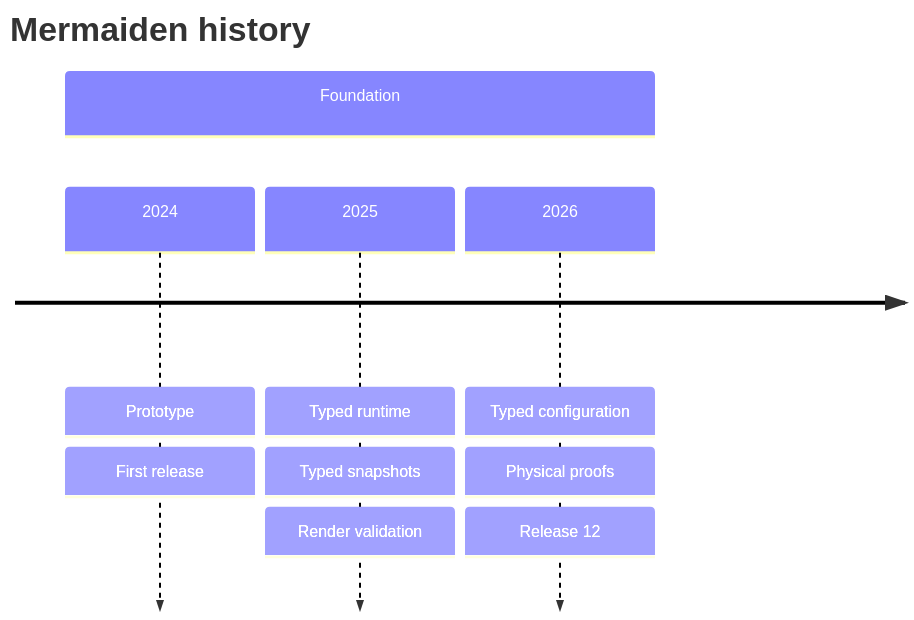
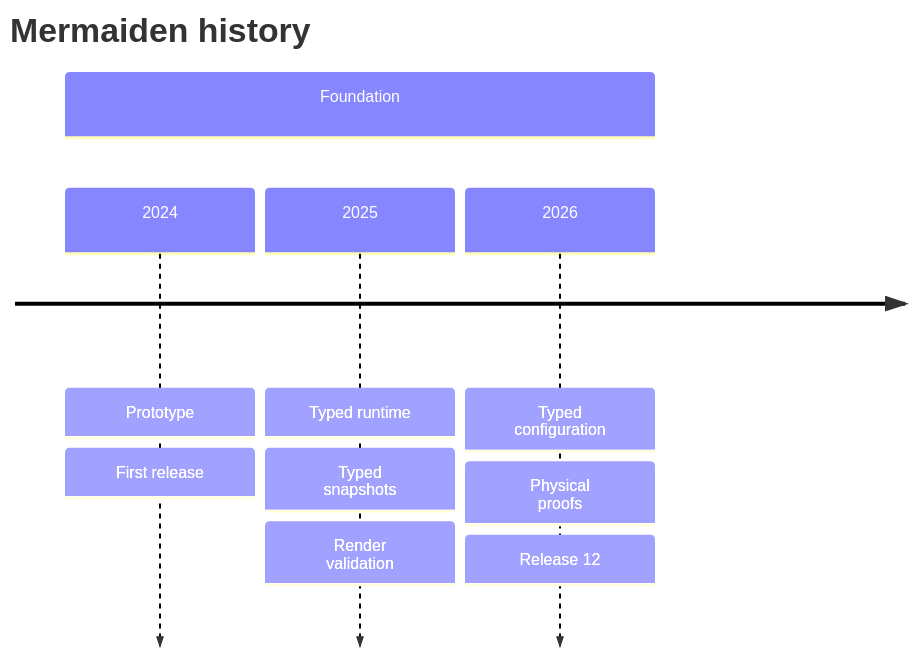
The diagram in docs/contracts/configuration-rendering/sources/timeline.mmd (szpak-dev/mermaiden), drawn with Mermaid before and after one commit. The commit also changed 151 other files, not shown here.

```diff
--- a/docs/contracts/configuration-rendering/sources/timeline.mmd
+++ b/docs/contracts/configuration-rendering/sources/timeline.mmd
@@ -1,11 +1,11 @@
 ---
 config:
   wrap: true
   timeline: {"useWidth": 960.0, "useMaxWidth": true, "theme": "default", "look": "classic", "layout": "dagre", "diagramMarginX": 50, "diagramMarginY": 10, "leftMargin": 150, "width": 150, "height": 50, "padding": -1.0, "boxMargin": 10, "boxTextMargin": 5, "noteMargin": 10, "messageMargin": 35, "messageAlign": "center", "bottomMarginAdj": 1, "rightAngles": false, "taskFontSize": 14.0, "taskFontFamily": "\"Open Sans\", sans-serif", "taskMargin": 50.0, "activationWidth": 10.0, "textPlacement": "fo", "actorColours": ["#8FBC8F", "#7CFC00", "#00FFFF", "#20B2AA", "#B0E0E6", "#FFFFE0"], "sectionFills": ["#191970", "#8B008B", "#4B0082", "#2F4F4F", "#800000", "#8B4513", "#00008B"], "sectionColours": ["#fff"], "disableMulticolor": false}
 ---
 timeline
-title Mermaiden history
-section Foundation
-  2024 : Prototype : First release
-  2025 : Typed runtime : Typed snapshots : Render validation
-  2026 : Typed configuration : Physical proofs : Release 12
+title #77;ermaiden history
+section #70;oundation
+  #50;024 : #80;rototype : #70;irst release
+  #50;025 : #84;yped runtime : #84;yped snapshots : #82;ender validation
+  #50;026 : #84;yped configuration : #80;hysical proofs : #82;elease 12
```
